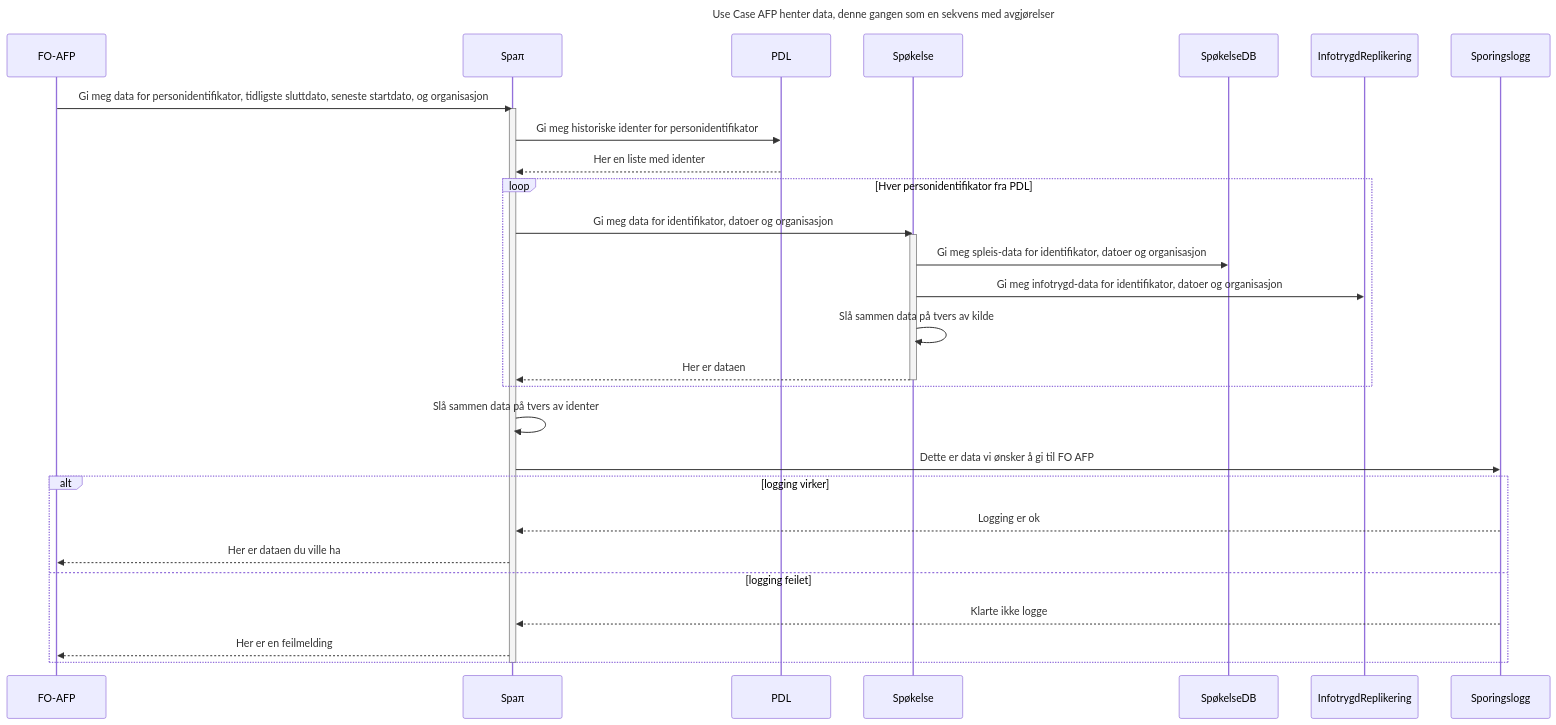
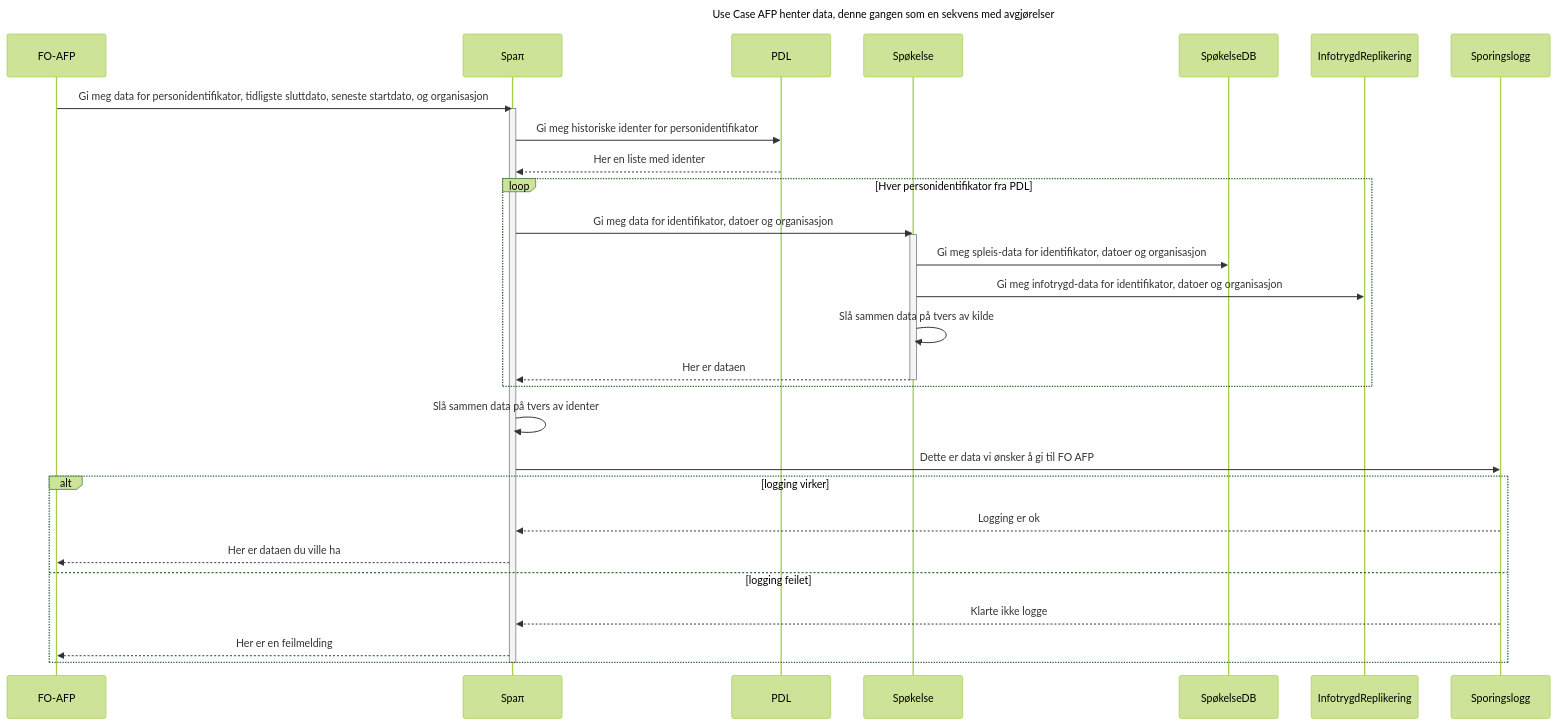
One commit to navikt/helse-spapi changed the fourth of 4 diagrams in README.md. Above: the diagram before and after it, drawn with Mermaid. The commit also changed other lines of this file, not shown here.

Commit message:
Er theme:forest bedre for lesbarheten? Bør den vertikale være horisontal og de horisontale være vertikale?

````diff
--- a/README.md
+++ b/README.md
@@ -44,29 +47,30 @@
 ```mermaid
 ---
 title: Use Case AFP henter data, denne gangen som en sekvens med avgjørelser
 ---
+%%{init: {'theme':'forest'}}%%
 sequenceDiagram
     FO-AFP ->> Spaπ: Gi meg data for personidentifikator, tidligste sluttdato, seneste startdato, og organisasjon 
     activate Spaπ
     Spaπ ->> PDL: Gi meg historiske identer for personidentifikator
     PDL -->> Spaπ: Her en liste med identer
     loop Hver personidentifikator fra PDL
     Spaπ ->> Spøkelse: Gi meg data for identifikator, datoer og organisasjon
     activate Spøkelse
     Spøkelse ->> SpøkelseDB: Gi meg spleis-data for identifikator, datoer og organisasjon
     Spøkelse ->> InfotrygdReplikering: Gi meg infotrygd-data for identifikator, datoer og organisasjon
     Spøkelse ->> Spøkelse: Slå sammen data på tvers av kilde
     Spøkelse -->> Spaπ: Her er dataen
     deactivate Spøkelse
     end
     Spaπ ->> Spaπ: Slå sammen data på tvers av identer
     Spaπ ->> Sporingslogg: Dette er data vi ønsker å gi til FO AFP
     alt logging virker
         Sporingslogg -->> Spaπ: Logging er ok
         Spaπ -->> FO-AFP: Her er dataen du ville ha
     else logging feilet
         Sporingslogg -->> Spaπ: Klarte ikke logge
         Spaπ -->> FO-AFP: Her er en feilmelding
     end
     deactivate Spaπ
 ```
````
